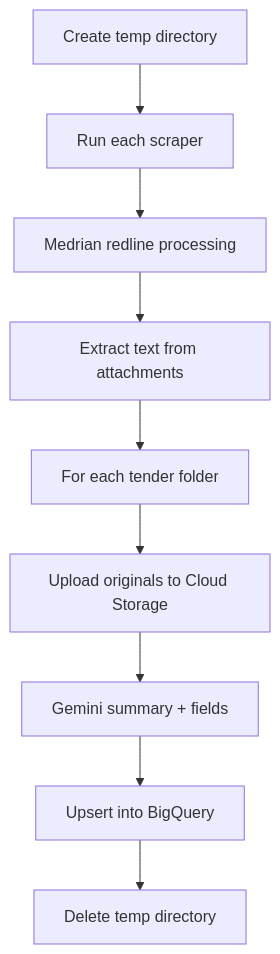
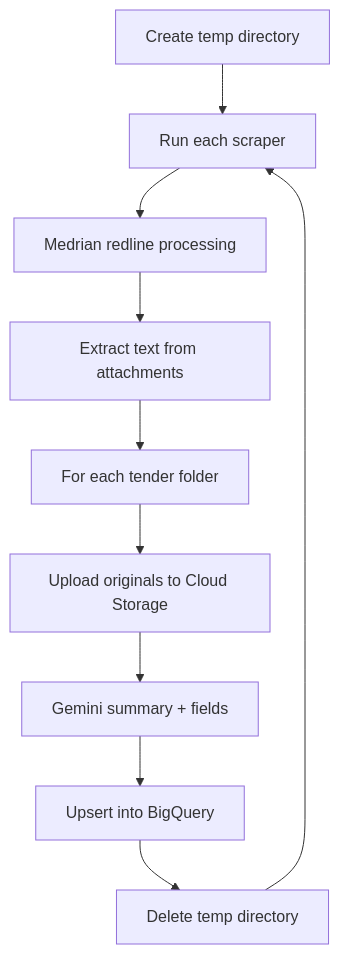
The second of 4 diagrams in documentation/documentation.md (UtkristaUwa/CITS3200_57), drawn with Mermaid before and after one commit. The commit also changed other lines of this file, not shown here.

````diff
--- a/documentation/documentation.md
+++ b/documentation/documentation.md
@@ -168,11 +172,14 @@
 ```mermaid
 flowchart TD
     tmp["Create temp directory"] --> scrape["Run each scraper"]
     scrape --> medrian["Medrian redline processing"]
     medrian --> extract["Extract text from attachments"]
     extract --> each["For each tender folder"]
     each --> upload["Upload originals to Cloud Storage"]
     upload --> gemini["Gemini summary + fields"]
     gemini --> upsert["Upsert into BigQuery"]
     upsert --> done["Delete temp directory"]
+    done --> scrape["Run each scraper"]
+
+
 ```
````
